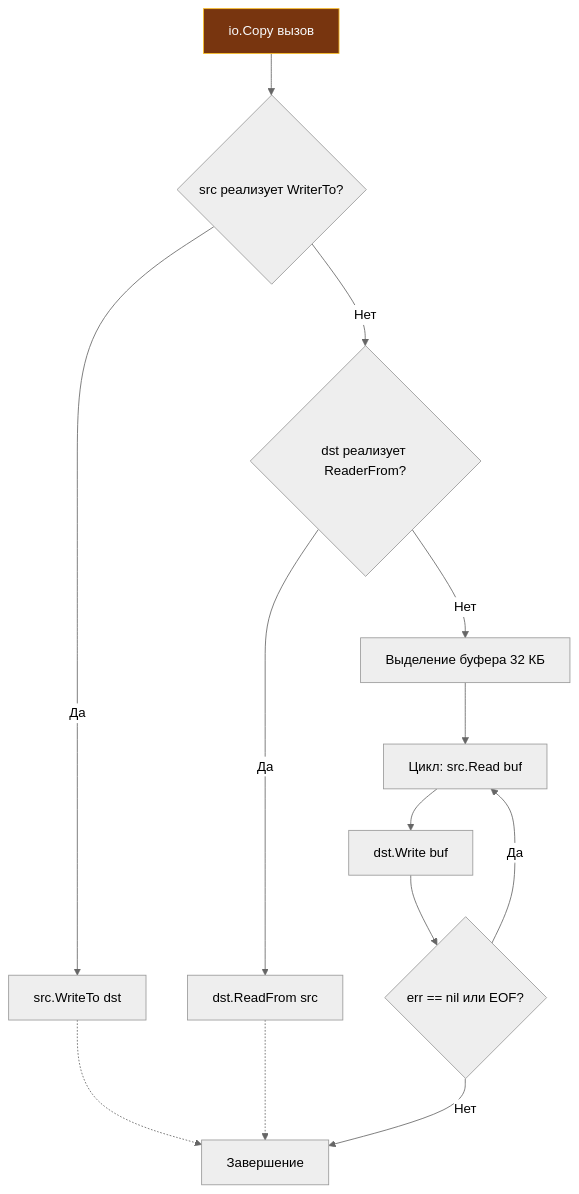
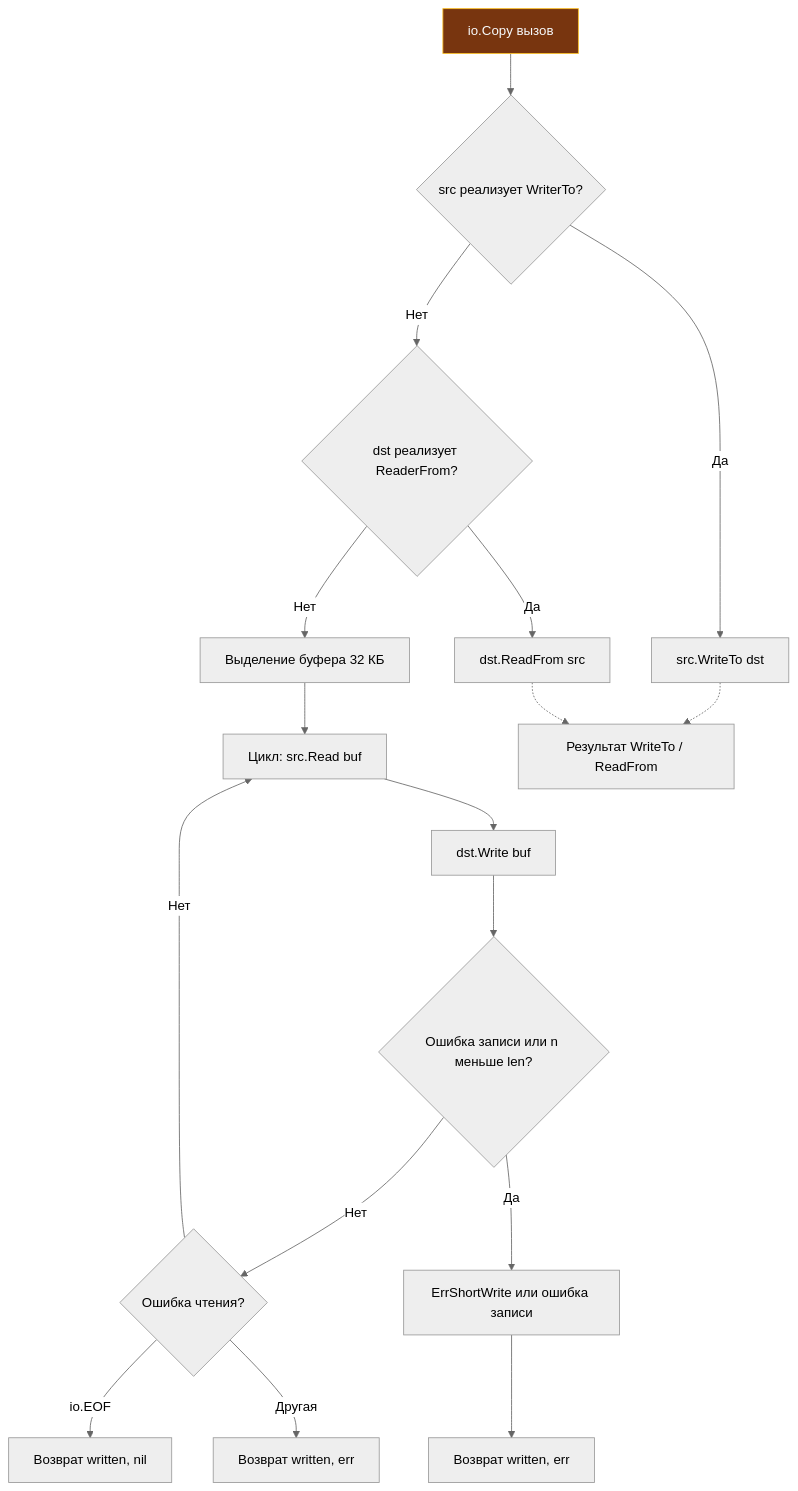
One commit to UnrealTemplier/go-textbook-ru changed the first of 3 diagrams in sources/6. Стандартная библиотека Go/4. io. Reader, Writer и философия потоков в Go.md. Above: the diagram before and after it, drawn with Mermaid (neutral theme). The commit also changed other lines of this file and 47 other files, not shown here.

````diff
--- a/sources/6. Стандартная библиотека Go/4. io. Reader, Writer и философия потоков в Go.md
+++ b/sources/6. Стандартная библиотека Go/4. io. Reader, Writer и философия потоков в Go.md
@@ -44,26 +44,30 @@
 ```mermaid
 flowchart TD
     classDef process  fill:#1e293b,stroke:#38bdf8,stroke-width:1px,color:#f8fafc
     classDef success  fill:#064e3b,stroke:#34d399,stroke-width:1px,color:#f8fafc
     classDef error    fill:#7f1d1d,stroke:#f87171,stroke-width:1px,color:#f8fafc
     classDef warning  fill:#78350f,stroke:#fbbf24,stroke-width:1px,color:#f8fafc
     classDef entry    fill:#1e3a5f,stroke:#38bdf8,stroke-width:2px,color:#f8fafc
     classDef aux      fill:#334155,stroke:#64748b,stroke-width:1px,color:#f8fafc
     classDef system   fill:#312e81,stroke:#a78bfa,stroke-width:1px,color:#f8fafc
     classDef data     fill:#132d29,stroke:#2dd4bf,stroke-width:1px,color:#f8fafc
     classDef network  fill:#881337,stroke:#fb7185,stroke-width:1px,color:#f8fafc
     classDef accent   fill:#1e1b4b,stroke:#818cf8,stroke-width:1px,color:#f8fafc
     A["io.Copy вызов"]:::warning --> B{"src реализует WriterTo?"}
     B -->|Да| C["src.WriteTo dst"]
     B -->|Нет| D{"dst реализует ReaderFrom?"}
     D -->|Да| E["dst.ReadFrom src"]
     D -->|Нет| F["Выделение буфера 32 КБ"]
     F --> G["Цикл: src.Read buf"]
     G --> H["dst.Write buf"]
-    H --> I{"err == nil или EOF?"}
-    I -->|Да| G
-    I -->|Нет| J["Завершение"]
+    H --> I{"Ошибка записи или n меньше len?"}
+    I -->|Нет| K{"Ошибка чтения?"}
+    I -->|Да| L["ErrShortWrite или ошибка записи"]
+    K -->|Нет| G
+    K -->|"io.EOF"| J["Возврат written, nil"]
+    K -->|"Другая"| M["Возврат written, err"]
+    L --> N["Возврат written, err"]
     
-    C -.-> J
-    E -.-> J
+    C -.-> Z["Результат WriteTo / ReadFrom"]
+    E -.-> Z
 ```
````
